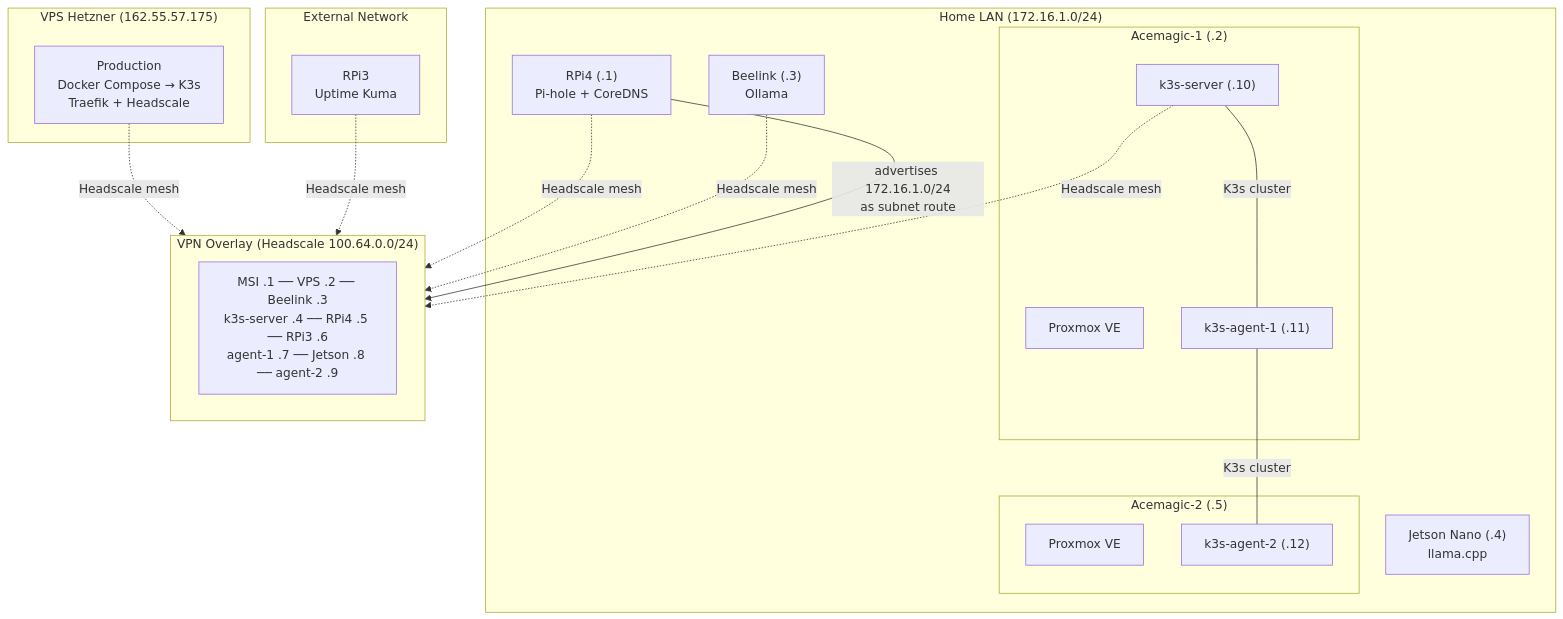
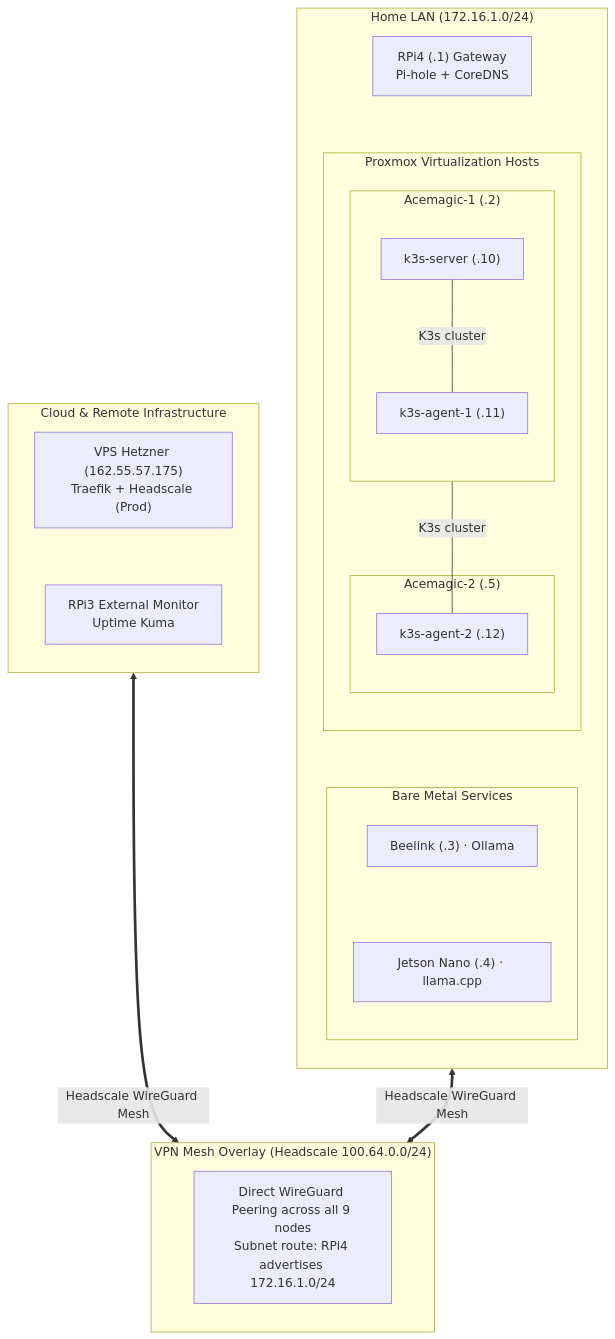
The first of 2 diagrams in site/src/content/notes/network-topology-hybrid.mdx (mlorentedev/web), drawn with Mermaid before and after one commit. The commit also changed other lines of this file and 4 other files, not shown here.

Commit message:
fix(notes): reshape mermaid diagrams to eliminate horizontal overflow (#317)

````diff
--- a/site/src/content/notes/network-topology-hybrid.mdx
+++ b/site/src/content/notes/network-topology-hybrid.mdx
@@ -42,41 +42,45 @@
 ```mermaid
-graph TB
-    subgraph "VPS Hetzner (162.55.57.175)"
-        VPS["Production<br/>Docker Compose → K3s<br/>Traefik + Headscale"]
+flowchart TD
+    subgraph external["Cloud & Remote Infrastructure"]
+        direction TB
+        VPS["VPS Hetzner (162.55.57.175)\nTraefik + Headscale (Prod)"]
+        RPI3["RPi3 External Monitor\nUptime Kuma"]
+        VPS ~~~ RPI3
     end
 
-    subgraph "Home LAN (172.16.1.0/24)"
-        subgraph "Acemagic-1 (.2)"
-            A1_PVE["Proxmox VE"]
-            A1_VM1["k3s-server (.10)"]
-            A1_VM2["k3s-agent-1 (.11)"]
+    subgraph lan["Home LAN (172.16.1.0/24)"]
+        direction TB
+        RPI4["RPi4 (.1) Gateway\nPi-hole + CoreDNS"]
+        subgraph pve["Proxmox Virtualization Hosts"]
+            direction TB
+            subgraph A1["Acemagic-1 (.2)"]
+                direction TB
+                A1_VM1["k3s-server (.10)"]
+                A1_VM2["k3s-agent-1 (.11)"]
+                A1_VM1 ---|"K3s cluster"| A1_VM2
+            end
+            subgraph A2["Acemagic-2 (.5)"]
+                A2_VM3["k3s-agent-2 (.12)"]
+            end
+            A1_VM2 ---|"K3s cluster"| A2_VM3
         end
-        subgraph "Acemagic-2 (.5)"
-            A2_PVE["Proxmox VE"]
-            A2_VM3["k3s-agent-2 (.12)"]
+
+        subgraph lan_bare["Bare Metal Services"]
+            direction TB
+            BEE["Beelink (.3) · Ollama"]
+            JET["Jetson Nano (.4) · llama.cpp"]
+            BEE ~~~ JET
         end
-        RPI4["RPi4 (.1)<br/>Pi-hole + CoreDNS"]
-        BEE["Beelink (.3)<br/>Ollama"]
-        JET["Jetson Nano (.4)<br/>llama.cpp"]
+
+        RPI4 ~~~ pve
+        pve ~~~ lan_bare
     end
 
-    subgraph "External Network"
-        RPI3["RPi3<br/>Uptime Kuma"]
+    subgraph mesh["VPN Mesh Overlay (Headscale 100.64.0.0/24)"]
+        direction TB
+        MESH_NOTE["Direct WireGuard Peering across all 9 nodes\nSubnet route: RPi4 advertises 172.16.1.0/24"]
     end
 
-    subgraph "VPN Overlay (Headscale 100.64.0.0/24)"
-        direction LR
-        MESH["MSI .1 ── VPS .2 ── Beelink .3<br/>k3s-server .4 ── RPi4 .5 ── RPi3 .6<br/>agent-1 .7 ── Jetson .8 ── agent-2 .9"]
-    end
-
-    VPS -.->|Headscale mesh| MESH
-    RPI4 -.->|Headscale mesh| MESH
-    A1_VM1 -.->|Headscale mesh| MESH
-    BEE -.->|Headscale mesh| MESH
-    RPI3 -.->|Headscale mesh| MESH
-
-    A1_VM1 ---|K3s cluster| A1_VM2
-    A1_VM2 ---|K3s cluster| A2_VM3
-
-    RPI4 -->|"advertises 172.16.1.0/24<br/>as subnet route"| MESH
+    external <==>|"Headscale WireGuard Mesh"| mesh
+    lan <==>|"Headscale WireGuard Mesh"| mesh
 ```
````
